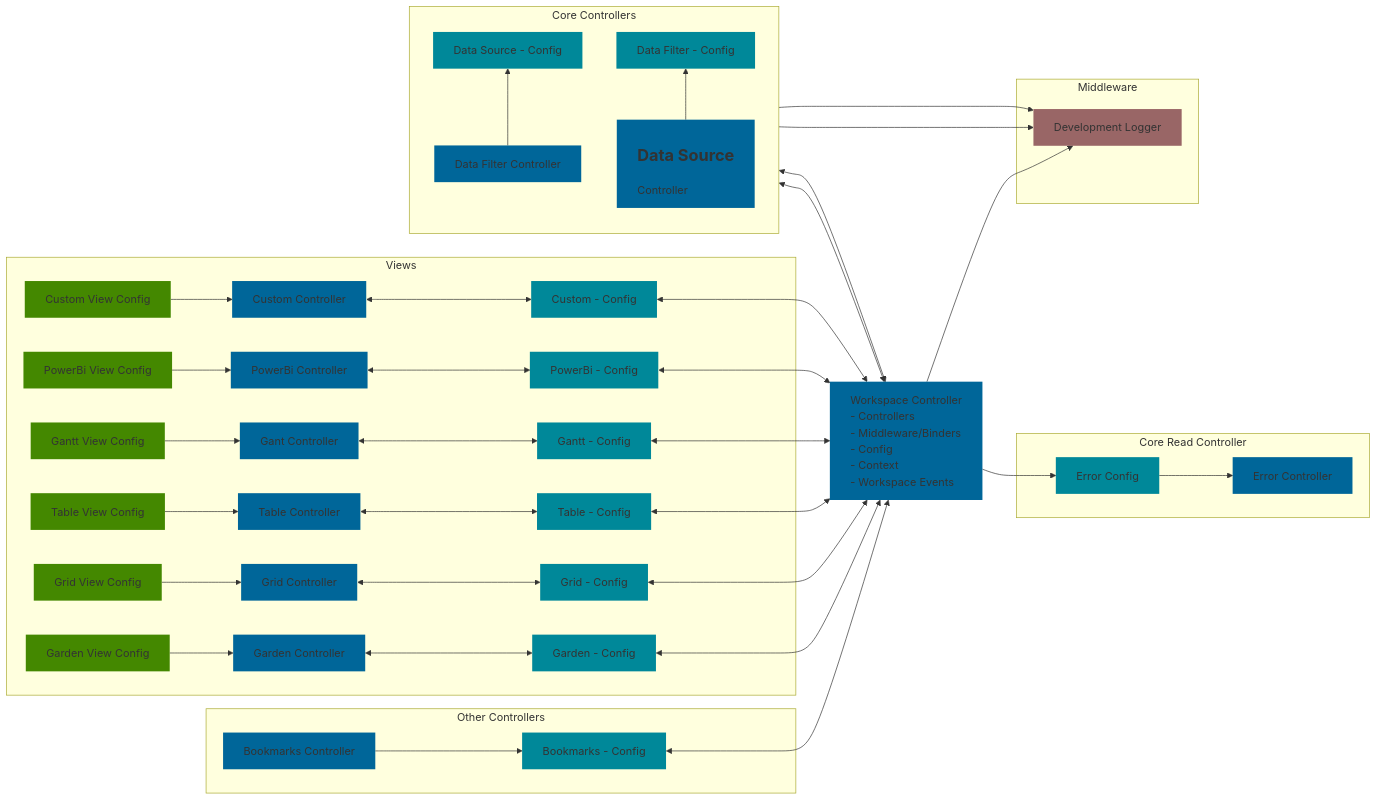
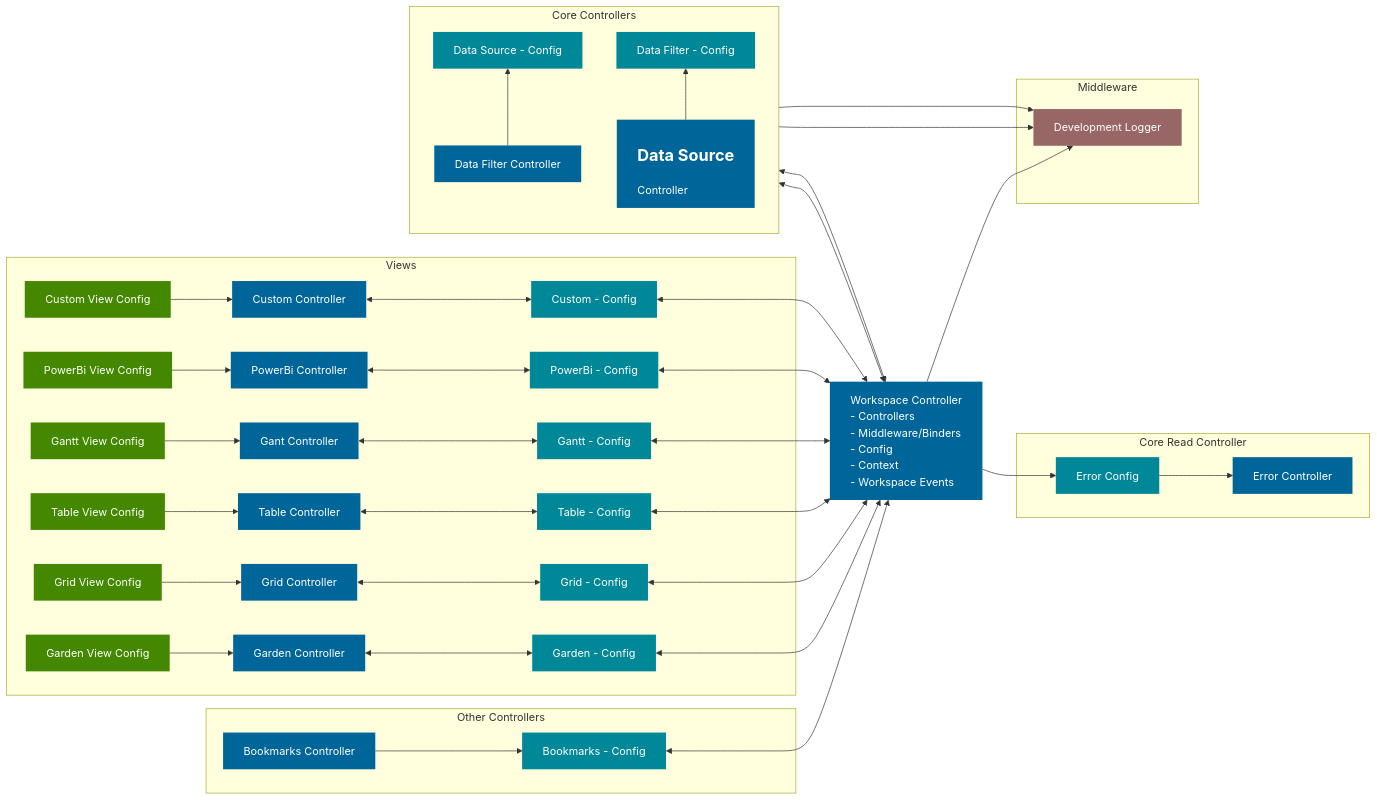
Before and after one commit to equinor/fusion-workspace: the diagram in documentation/WorkspaceController.md, drawn with Mermaid.

Commit message:
[doc] - diagrem color white

````diff
--- a/documentation/WorkspaceController.md
+++ b/documentation/WorkspaceController.md
@@ -21,6 +21,6 @@
 ```mermaid
 flowchart LR 
-    classDef default fill:#0000,stroke:#333,stroke-width:4px,stroke-dasharray: 5 5,text-align:center;
+    classDef default fill:#0000,stroke:#333,stroke-width:4px,stroke-dasharray: 5 5,text-align:center,color:#fff;
     classDef controller fill:#006699,stroke:none,text-align:left;
     classDef config fill:#008899,stroke:none
     classDef viewConfig fill:#448800,stroke:none
````
